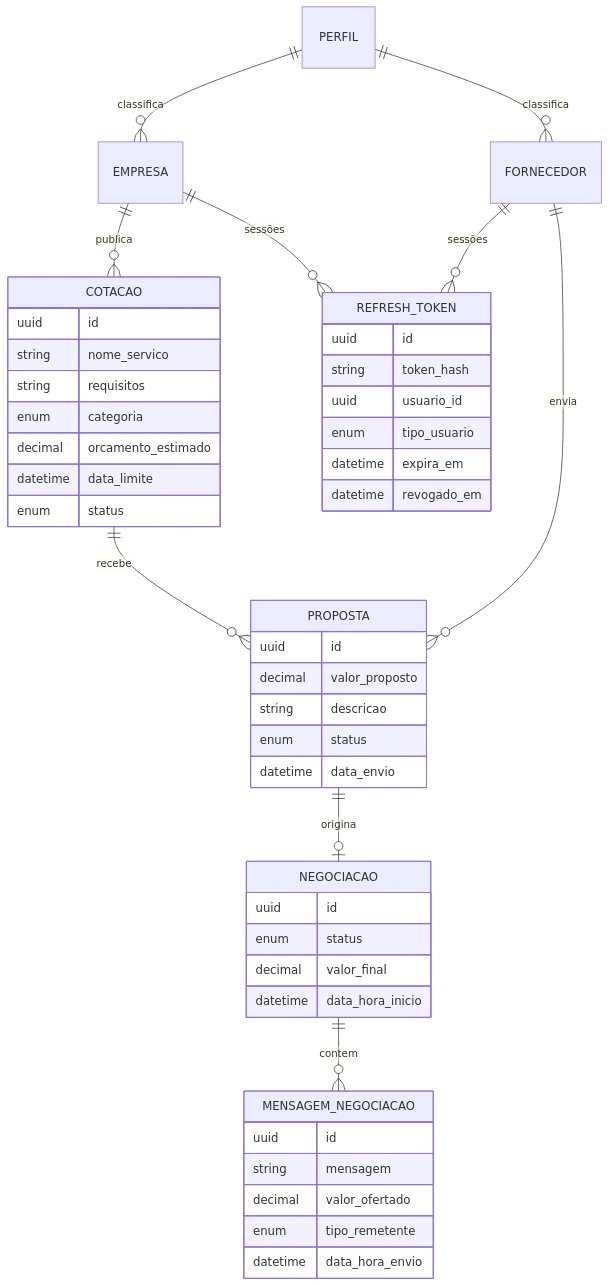
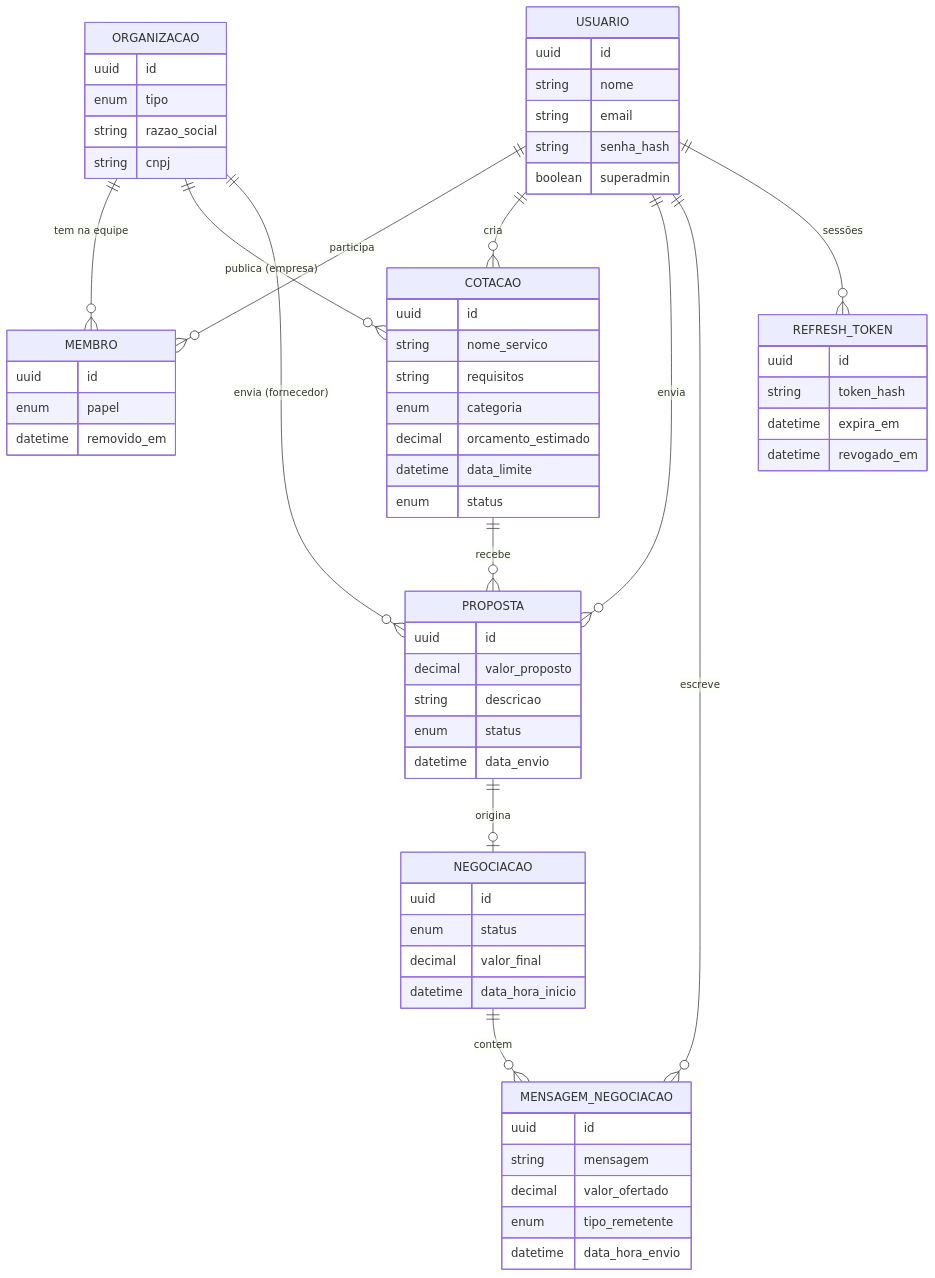
Before and after one commit to marcusrdrigues/hackathon-coti-criare-2025: the fifth of 5 diagrams in README.md, drawn with Mermaid. The commit also changed other lines of this file and 22 other files, not shown here.

````diff
--- a/README.md
+++ b/README.md
@@ -287,50 +291,69 @@
 ```mermaid
 erDiagram
-    PERFIL ||--o{ EMPRESA : classifica
-    PERFIL ||--o{ FORNECEDOR : classifica
-    EMPRESA ||--o{ COTACAO : publica
+    ORGANIZACAO ||--o{ MEMBRO : "tem na equipe"
+    USUARIO ||--o{ MEMBRO : participa
+    ORGANIZACAO ||--o{ COTACAO : "publica (empresa)"
+    USUARIO ||--o{ COTACAO : cria
     COTACAO ||--o{ PROPOSTA : recebe
-    FORNECEDOR ||--o{ PROPOSTA : envia
+    ORGANIZACAO ||--o{ PROPOSTA : "envia (fornecedor)"
+    USUARIO ||--o{ PROPOSTA : envia
     PROPOSTA ||--o| NEGOCIACAO : origina
     NEGOCIACAO ||--o{ MENSAGEM_NEGOCIACAO : contem
-    EMPRESA ||--o{ REFRESH_TOKEN : "sessões"
-    FORNECEDOR ||--o{ REFRESH_TOKEN : "sessões"
+    USUARIO ||--o{ MENSAGEM_NEGOCIACAO : escreve
+    USUARIO ||--o{ REFRESH_TOKEN : "sessões"
+
+    ORGANIZACAO {
+        uuid id
+        enum tipo
+        string razao_social
+        string cnpj
+    }
+    USUARIO {
+        uuid id
+        string nome
+        string email
+        string senha_hash
+        boolean superadmin
+    }
+    MEMBRO {
+        uuid id
+        enum papel
+        datetime removido_em
+    }
 
     COTACAO {
         uuid id
         string nome_servico
         string requisitos
         enum categoria
         decimal orcamento_estimado
         datetime data_limite
         enum status
     }
     PROPOSTA {
         uuid id
         decimal valor_proposto
         string descricao
         enum status
         datetime data_envio
     }
     NEGOCIACAO {
         uuid id
         enum status
         decimal valor_final
         datetime data_hora_inicio
     }
     MENSAGEM_NEGOCIACAO {
         uuid id
         string mensagem
         decimal valor_ofertado
         enum tipo_remetente
         datetime data_hora_envio
     }
     REFRESH_TOKEN {
         uuid id
         string token_hash
-        uuid usuario_id
-        enum tipo_usuario
         datetime expira_em
         datetime revogado_em
     }
 ```
````
